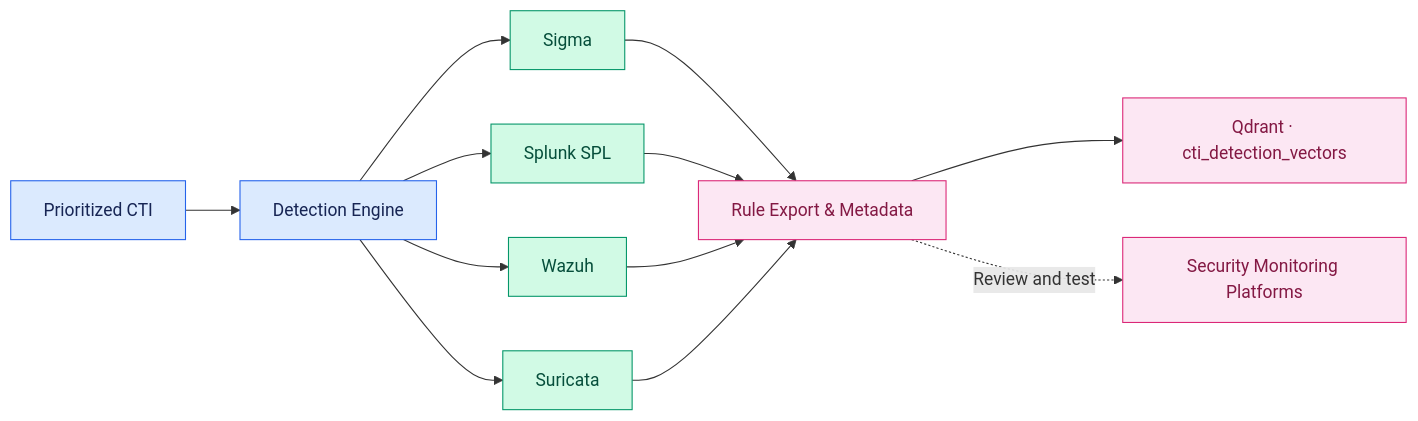
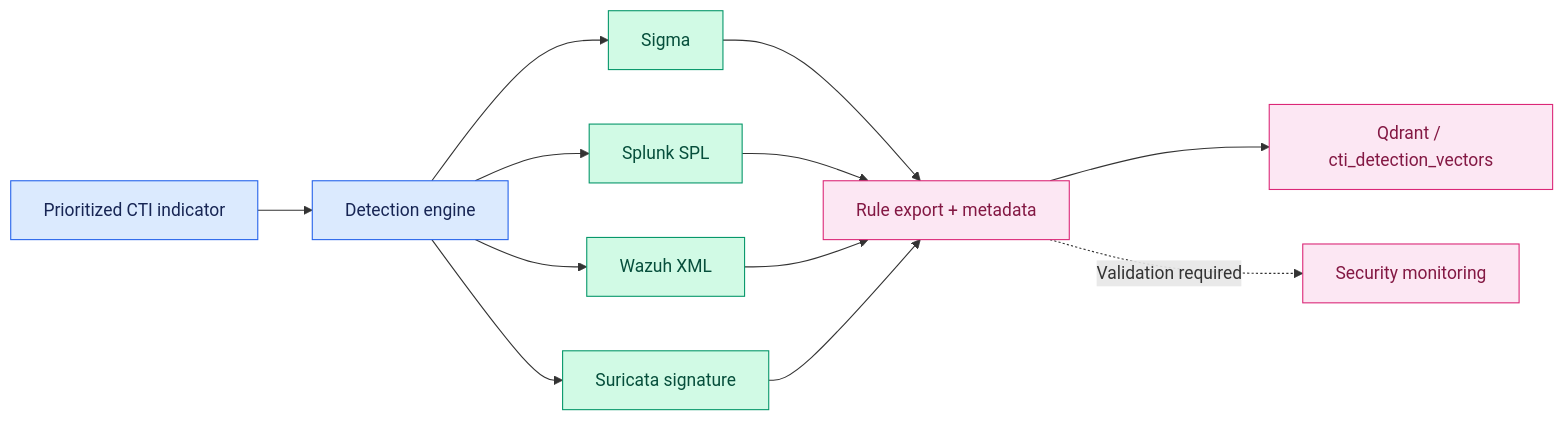
The fourth of 4 diagrams in README.md (aminemaouhoub1312/ShadowScope-AM), drawn with Mermaid before and after one commit. The commit also changed other lines of this file, not shown here.

````diff
--- a/README.md
+++ b/README.md
@@ -461,20 +530,20 @@
 ```mermaid
 flowchart LR
-    A["Prioritized CTI"] --> B["Detection Engine"]
-    B --> C["Sigma"]
-    B --> D["Splunk SPL"]
-    B --> E["Wazuh"]
-    B --> F["Suricata"]
-    C --> G["Rule Export & Metadata"]
-    D --> G
-    E --> G
-    F --> G
-    G --> H["Qdrant · cti_detection_vectors"]
-    G -. "Review and test" .-> I["Security Monitoring Platforms"]
-    classDef input fill:#DBEAFE,stroke:#2563EB,color:#172554;
-    classDef rule fill:#D1FAE5,stroke:#059669,color:#064E3B;
-    classDef output fill:#FCE7F3,stroke:#DB2777,color:#831843;
-    class A,B input;
-    class C,D,E,F rule;
-    class G,H,I output;
+  A["Prioritized CTI indicator"] --> B["Detection engine"]
+  B --> C["Sigma"]
+  B --> D["Splunk SPL"]
+  B --> E["Wazuh XML"]
+  B --> F["Suricata signature"]
+  C --> G["Rule export + metadata"]
+  D --> G
+  E --> G
+  F --> G
+  G --> H["Qdrant / cti_detection_vectors"]
+  G -. "Validation required" .-> I["Security monitoring"]
+  classDef input fill:#DBEAFE,stroke:#2563EB,color:#172554;
+  classDef rule fill:#D1FAE5,stroke:#059669,color:#064E3B;
+  classDef endp fill:#FCE7F3,stroke:#DB2777,color:#831843;
+  class A,B input;
+  class C,D,E,F rule;
+  class G,H,I endp;
 ```
````
